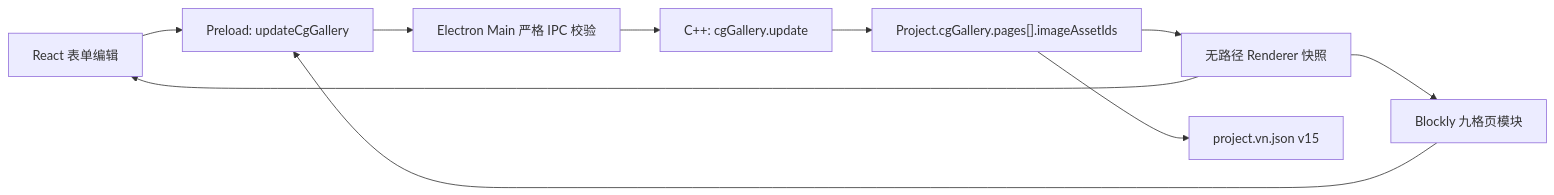
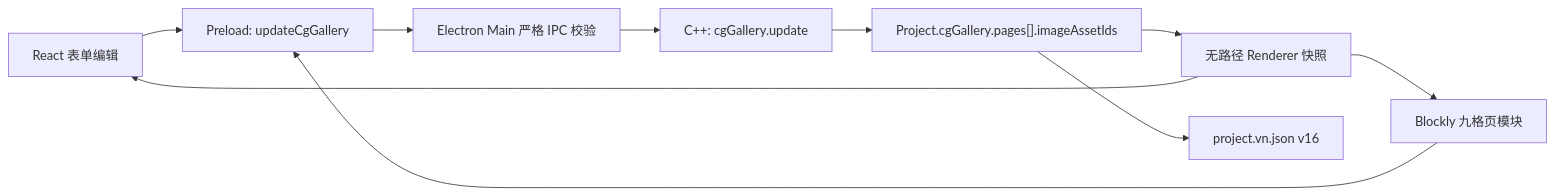
Before and after one commit to DarkboyRyan/Scratch-Novel-Engine: the first of 2 diagrams in docs/cg-gallery-implementation.md, drawn with Mermaid. The commit also changed other lines of this file and 115 other files, not shown here.

````diff
--- a/docs/cg-gallery-implementation.md
+++ b/docs/cg-gallery-implementation.md
@@ -69,12 +70,12 @@
 ```mermaid
 flowchart LR
   FORM["React 表单编辑"] --> INVOKE["Preload: updateCgGallery"]
   BLOCKLY["Blockly 九格页模块"] --> INVOKE
   INVOKE --> IPC["Electron Main 严格 IPC 校验"]
   IPC --> BACKEND["C++: cgGallery.update"]
   BACKEND --> PROJECT["Project.cgGallery.pages[].imageAssetIds"]
   PROJECT --> SNAPSHOT["无路径 Renderer 快照"]
-  PROJECT --> FILE["project.vn.json v15"]
+  PROJECT --> FILE["project.vn.json v16"]
   SNAPSHOT --> FORM
   SNAPSHOT --> BLOCKLY
 ```
````
